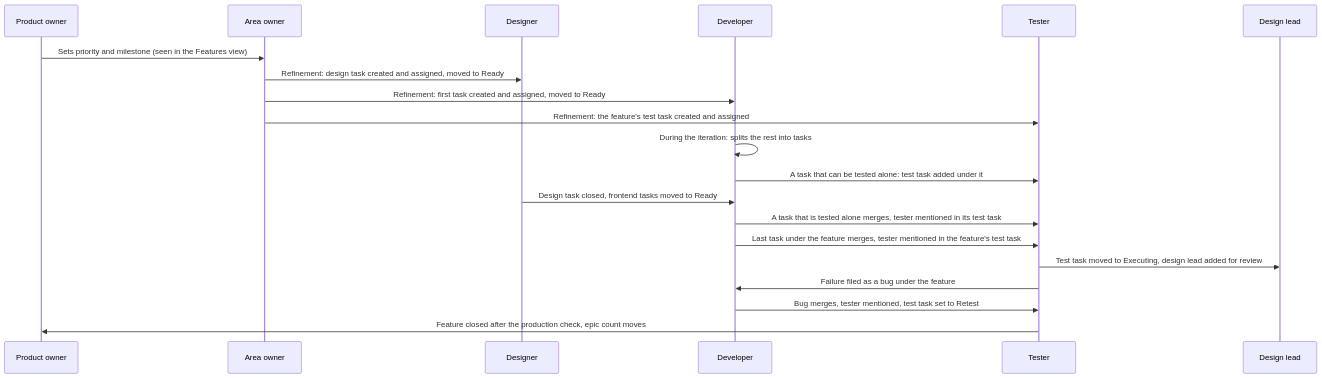
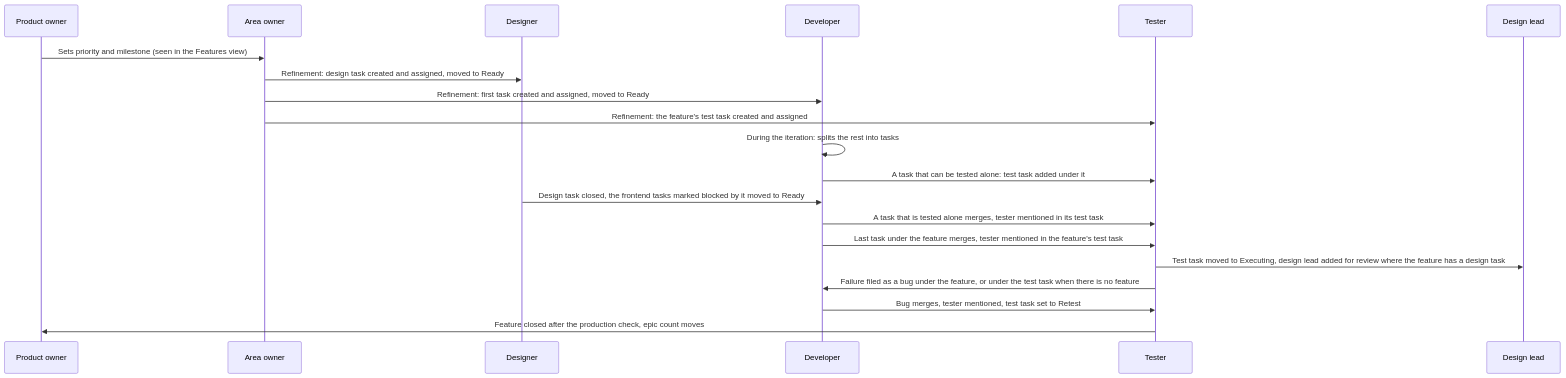
One commit to Altinn/altinn-auth changed the second of 2 diagrams in docs/process/how-we-work.md. Above: the diagram before and after it, drawn with Mermaid. The commit also changed other lines of this file and 4 other files, not shown here.

Commit message:
review round two: bugs view, Backlog and Ready defined once, iteration for mid-iteration issues, horizon precedence, per-task test node; ADR-0004 left unedited while Proposed

````diff
--- a/docs/process/how-we-work.md
+++ b/docs/process/how-we-work.md
@@ -80,22 +80,22 @@
 ```mermaid
 sequenceDiagram
     participant PO as Product owner
     participant AO as Area owner
     participant De as Designer
     participant Dev as Developer
     participant T as Tester
     participant DL as Design lead
     PO->>AO: Sets priority and milestone (seen in the Features view)
     AO->>De: Refinement: design task created and assigned, moved to Ready
     AO->>Dev: Refinement: first task created and assigned, moved to Ready
     AO->>T: Refinement: the feature's test task created and assigned
     Dev->>Dev: During the iteration: splits the rest into tasks
     Dev->>T: A task that can be tested alone: test task added under it
-    De->>Dev: Design task closed, frontend tasks moved to Ready
+    De->>Dev: Design task closed, the frontend tasks marked blocked by it moved to Ready
     Dev->>T: A task that is tested alone merges, tester mentioned in its test task
     Dev->>T: Last task under the feature merges, tester mentioned in the feature's test task
-    T->>DL: Test task moved to Executing, design lead added for review
-    T->>Dev: Failure filed as a bug under the feature
+    T->>DL: Test task moved to Executing, design lead added for review where the feature has a design task
+    T->>Dev: Failure filed as a bug under the feature, or under the test task when there is no feature
     Dev->>T: Bug merges, tester mentioned, test task set to Retest
     T->>PO: Feature closed after the production check, epic count moves
 ```
````
